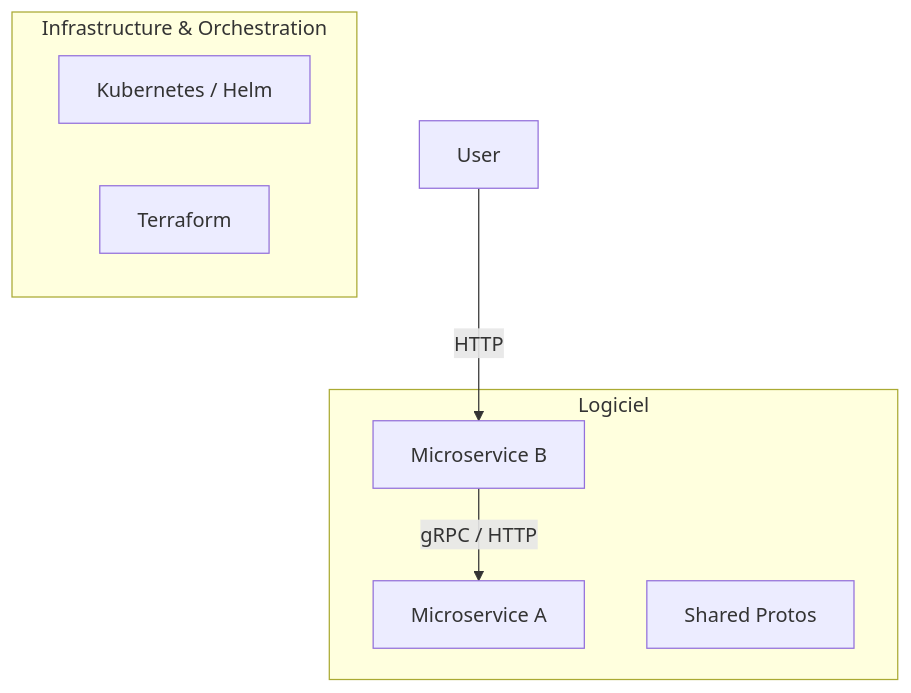
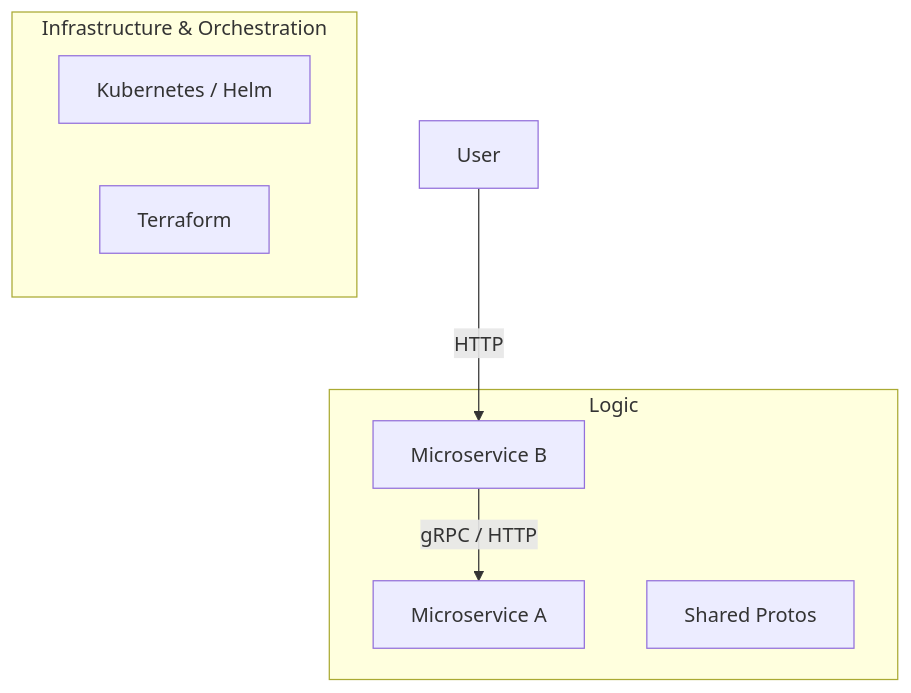
The diagram in README.md (cdesplanches-orka/devops-agentic-ai), drawn with Mermaid before and after one commit. The commit also changed other lines of this file, not shown here.

````diff
--- a/README.md
+++ b/README.md
@@ -32,16 +32,16 @@
 ```mermaid
 graph TD
     User -->|HTTP| B[Microservice B]
     B -->|gRPC / HTTP| A[Microservice A]
     
     subgraph "Infrastructure & Orchestration"
         K8S[Kubernetes / Helm]
         TF[Terraform]
     end
     
-    subgraph "Logiciel"
+    subgraph "Logic"
         A
         B
         PROTOS[Shared Protos]
     end
 ```
````
